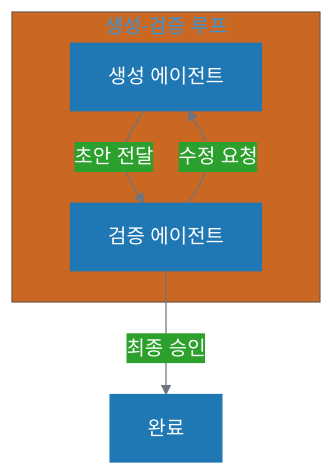
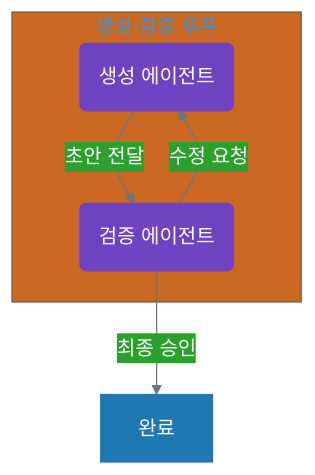
One commit to wooxist/ai-instructions changed the second of 4 diagrams in book/07-process-workflow.md. Above: the diagram before and after it, drawn with Mermaid. The commit also changed other lines of this file and 15 other files, not shown here.

````diff
--- a/book/07-process-workflow.md
+++ b/book/07-process-workflow.md
@@ -42,19 +51,28 @@
 ```mermaid
 %%{init: {
   'theme': 'base',
   'themeVariables': {
     'primaryColor': '#1f77b4',
     'primaryTextColor': '#ffffff',
     'primaryBorderColor': '#1f77b4',
     'lineColor': '#6c757d',
     'background': 'transparent',
     'edgeLabelBackground': '#2ca02c'
   }
 }}%%
 graph TD
     subgraph "생성-검증 루프"
-        A[생성 에이전트] -- "초안 전달" --> B[검증 에이전트]
+        A("생성 에이전트") -- "초안 전달" --> B("검증 에이전트")
         B -- "수정 요청" --> A
     end
     B -- 최종 승인 --> C[완료]
+
+    %% 클래스 정의 및 적용 (WRITER 부록 A 기준)
+    classDef principle fill:#1f77b4,stroke:#1f77b4,color:#ffffff;
+    classDef decision fill:#ffffff,stroke:#495057,stroke-width:2px,color:#212529;
+    classDef agent fill:#6f42c1,stroke:#6f42c1,color:#ffffff;
+    classDef artifact fill:#17a2b8,stroke:#17a2b8,color:#ffffff;
+    classDef data fill:#2ca02c,stroke:#2ca02c,color:#ffffff;
+    classDef human fill:#e83e8c,stroke:#e83e8c,color:#ffffff;
+    class A,B agent;
 ```
````
